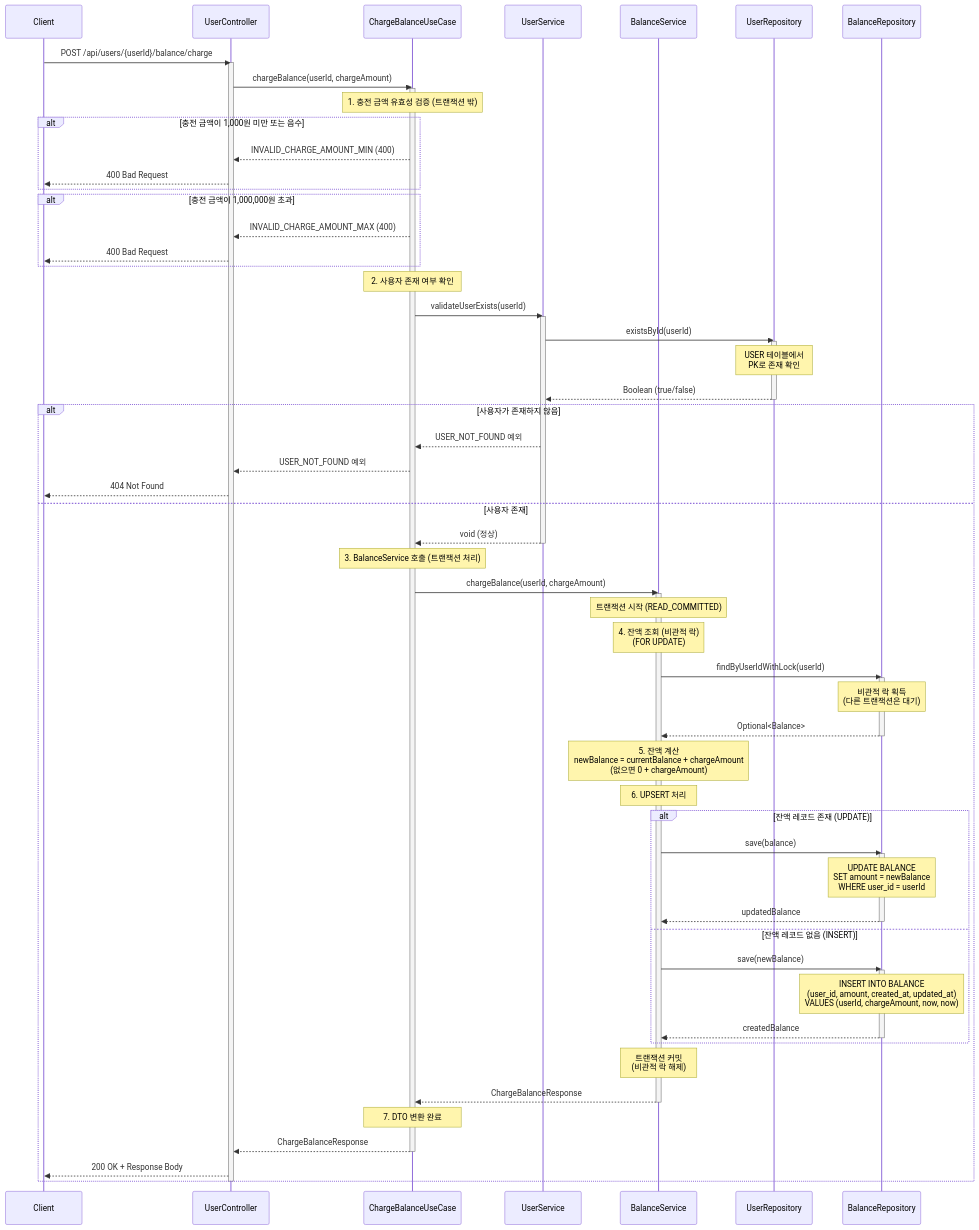
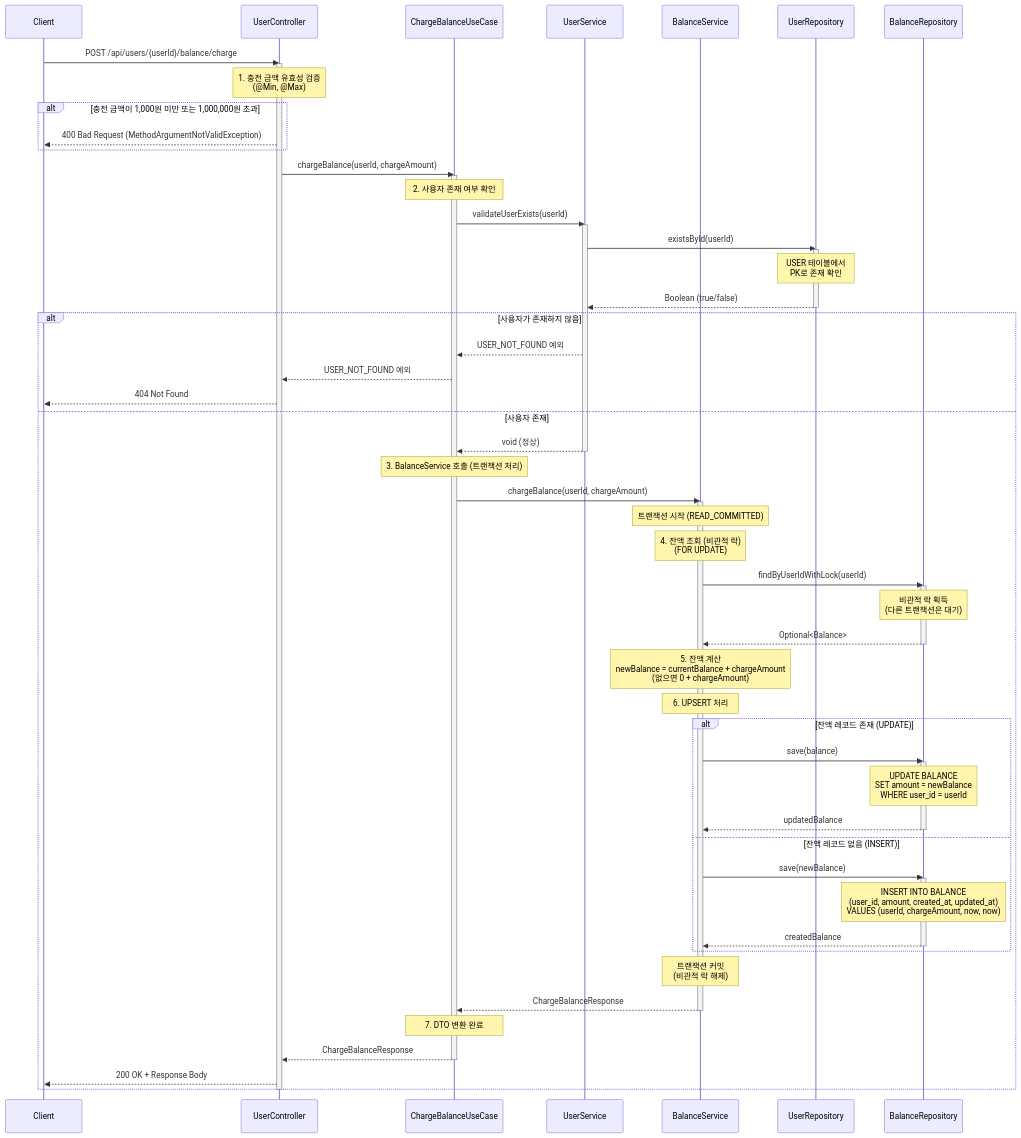
Before and after one commit to edit8080/commerce-api: the diagram in docs/api/user/charge-balance.md, drawn with Mermaid. The commit also changed other lines of this file and 5 other files, not shown here.

Commit message:
refactor: 잔액 충전 인자 유효성 검증을 Controller 로 위임

```diff
--- a/docs/api/user/charge-balance.md
+++ b/docs/api/user/charge-balance.md
@@ -222,20 +223,14 @@
     Client->>Controller: POST /api/users/{userId}/balance/charge
     activate Controller
 
+    Note over Controller: 1. 충전 금액 유효성 검증<br/>(@Min, @Max)
+
+    alt 충전 금액이 1,000원 미만 또는 1,000,000원 초과
+        Controller-->>Client: 400 Bad Request (MethodArgumentNotValidException)
+    end
+
     Controller->>UseCase: chargeBalance(userId, chargeAmount)
     activate UseCase
-
-    Note over UseCase: 1. 충전 금액 유효성 검증 (트랜잭션 밖)
-
-    alt 충전 금액이 1,000원 미만 또는 음수
-        UseCase-->>Controller: INVALID_CHARGE_AMOUNT_MIN (400)
-        Controller-->>Client: 400 Bad Request
-    end
-
-    alt 충전 금액이 1,000,000원 초과
-        UseCase-->>Controller: INVALID_CHARGE_AMOUNT_MAX (400)
-        Controller-->>Client: 400 Bad Request
-    end
 
     Note over UseCase: 2. 사용자 존재 여부 확인
 
```
